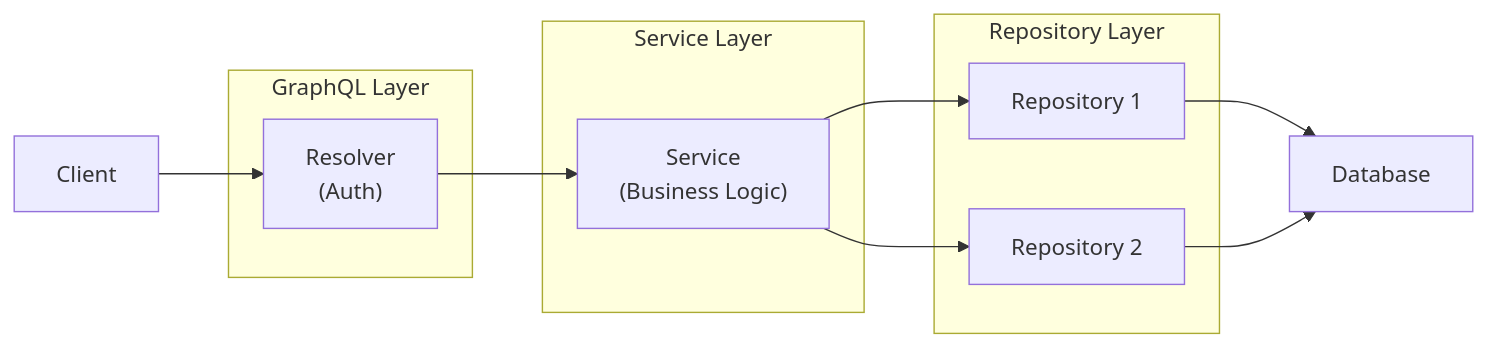
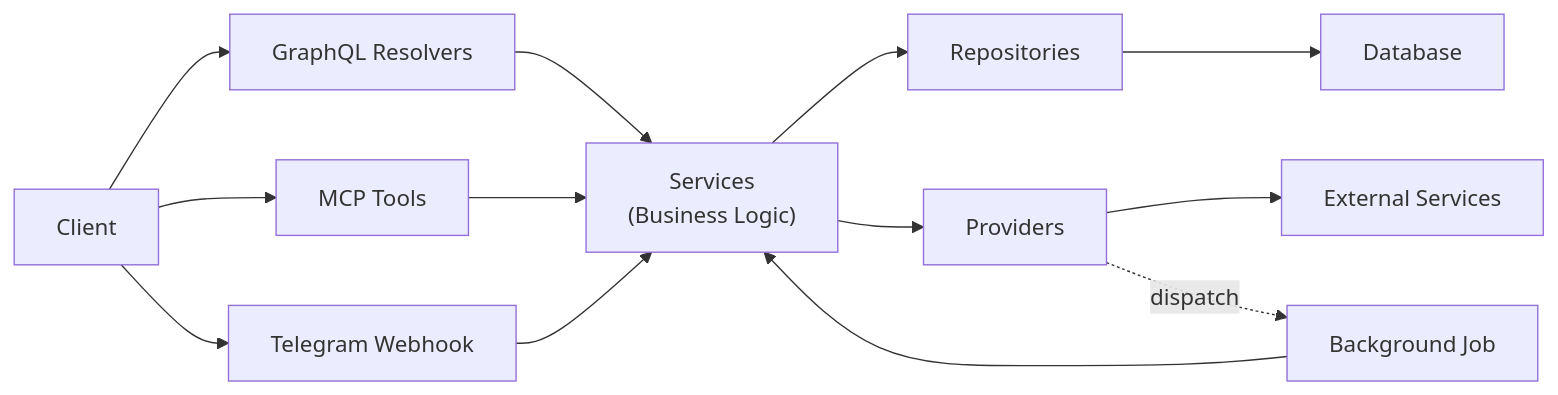
Before and after one commit to alexei-lexx/budget: the second of 2 diagrams in docs/constitution.md, drawn with Mermaid. The commit also changed other lines of this file, not shown here.

Commit message:
add backend request flow to constitution (#745)

````diff
--- a/docs/constitution.md
+++ b/docs/constitution.md
@@ -255,26 +222,34 @@
 ```mermaid
 graph LR
     Client["Client"]
 
-    subgraph GraphQL["GraphQL Layer"]
-        Resolver["Resolver<br/>(Auth)"]
-    end
+    GraphQL["GraphQL Resolvers"]
+    MCP["MCP Tools"]
+    Webhook["Telegram Webhook"]
+    BgJob["Background Job"]
 
-    subgraph Service_Layer["Service Layer"]
-        Service["Service<br/>(Business Logic)"]
-    end
+    Service["Services<br/>(Business Logic)"]
 
-    subgraph Repo_Layer["Repository Layer"]
-        Repo1["Repository 1"]
-        Repo2["Repository 2"]
-    end
+    Repo["Repositories"]
+    Provider["Providers"]
 
     DB["Database"]
+    External["External Services"]
 
-    Client --> Resolver
-    Resolver --> Service
-    Service --> Repo1
-    Service --> Repo2
-    Repo1 --> DB
-    Repo2 --> DB
+    Client --> GraphQL
+    Client --> MCP
+    Client --> Webhook
+
+    GraphQL --> Service
+    MCP --> Service
+    Webhook --> Service
+    BgJob --> Service
+
+    Service --> Repo
+    Service --> Provider
+
+    Repo --> DB
+
+    Provider --> External
+    Provider -.->|dispatch| BgJob
 ```
````
